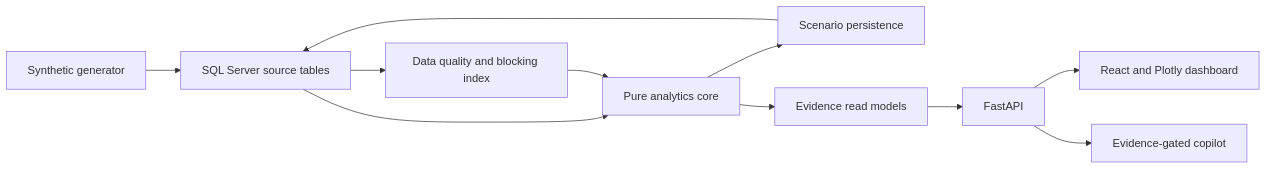
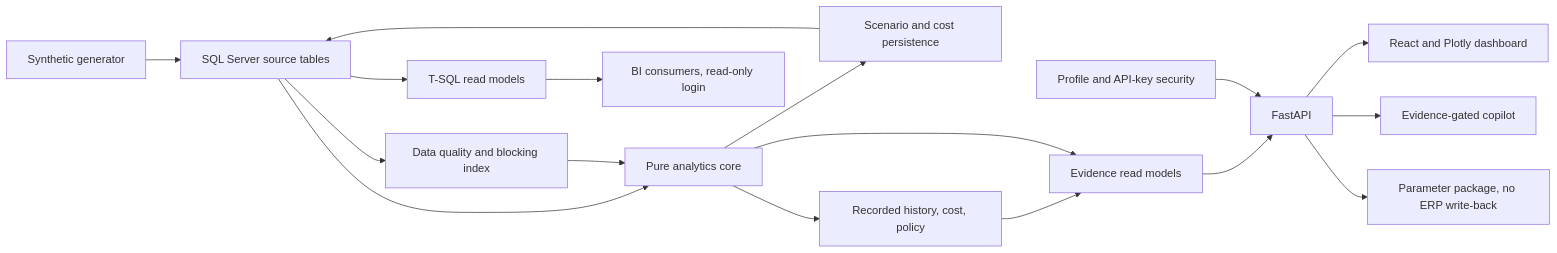
Before and after one commit to sergiunicoara/Manufacturing-Analytics-Pilot: the diagram in ARCHITECTURE.md, drawn with Mermaid. The commit also changed other lines of this file and 25 other files, not shown here.

````diff
--- a/ARCHITECTURE.md
+++ b/ARCHITECTURE.md
@@ -3,13 +3,19 @@
 ```mermaid
 flowchart LR
     G[Synthetic generator] --> S[SQL Server source tables]
     S --> DQ[Data quality and blocking index]
     S --> A[Pure analytics core]
     DQ --> A
-    A --> P[Scenario persistence]
+    A --> P[Scenario and cost persistence]
+    A --> H[Recorded history, cost, policy]
+    H --> E
     A --> E[Evidence read models]
     P --> S
+    S --> V[T-SQL read models]
+    V --> BI[BI consumers, read-only login]
     E --> API[FastAPI]
+    SEC[Profile and API-key security] --> API
     API --> UI[React and Plotly dashboard]
     API --> C[Evidence-gated copilot]
+    API --> X[Parameter package, no ERP write-back]
 ```
````
